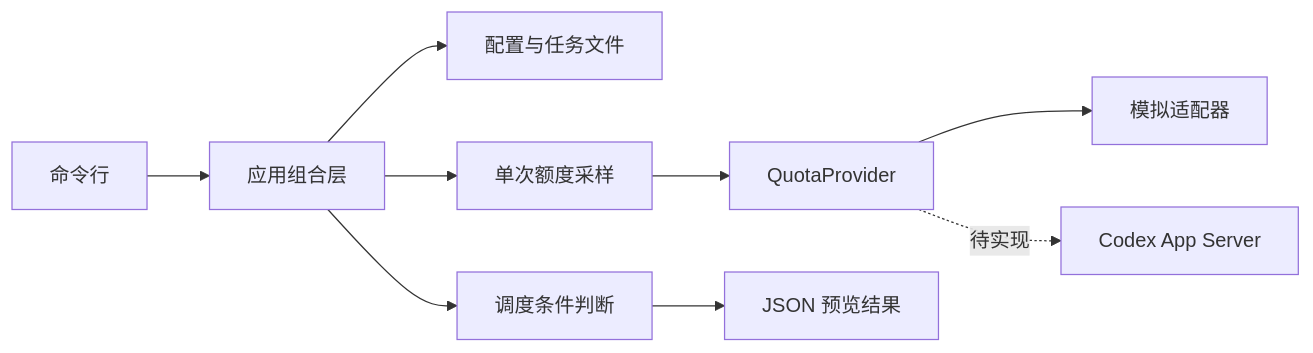
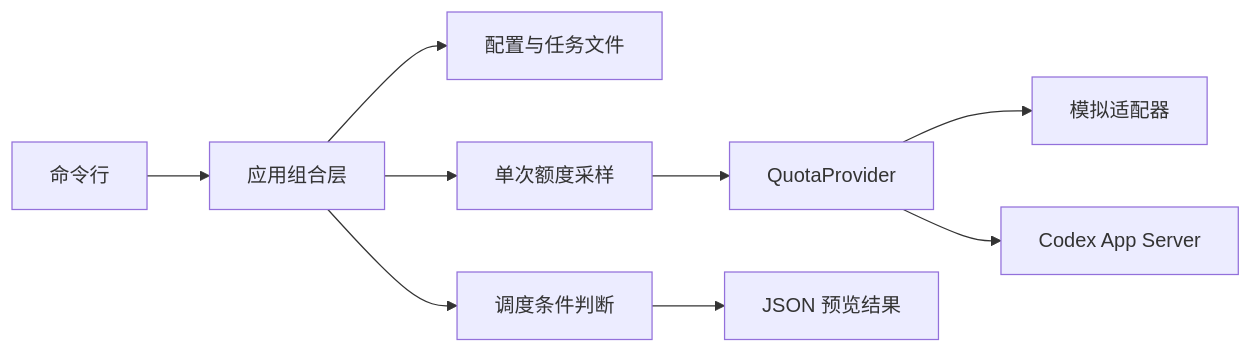
The diagram in docs/ARCHITECTURE.md (AiruoChen/codex-quota-scheduler), drawn with Mermaid before and after one commit. The commit also changed other lines of this file and 16 other files, not shown here.

Commit message:
feat: read live Codex account quotas through stdio app server

````diff
--- a/docs/ARCHITECTURE.md
+++ b/docs/ARCHITECTURE.md
@@ -10,11 +10,11 @@
 ```mermaid
 flowchart LR
   CLI[命令行] --> App[应用组合层]
   App --> Config[配置与任务文件]
   App --> Monitor[单次额度采样]
   Monitor --> Provider[QuotaProvider]
   Provider --> Mock[模拟适配器]
-  Provider -. 待实现 .-> Codex[Codex App Server]
+  Provider --> Codex[Codex App Server]
   App --> Policy[调度条件判断]
   Policy --> Preview[JSON 预览结果]
 ```
````
